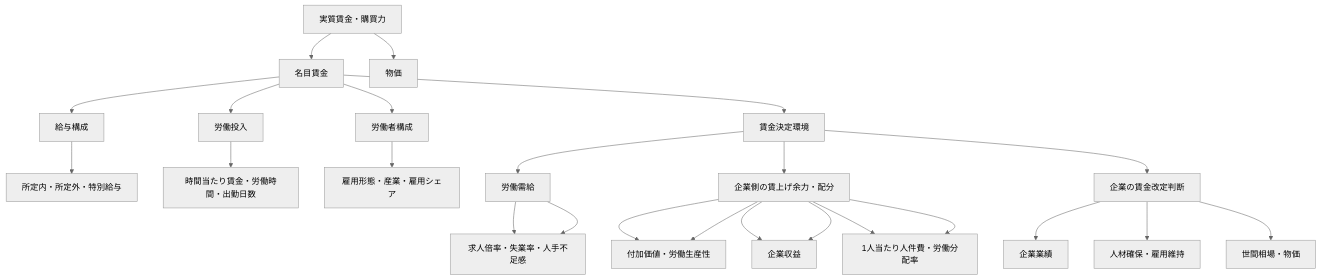
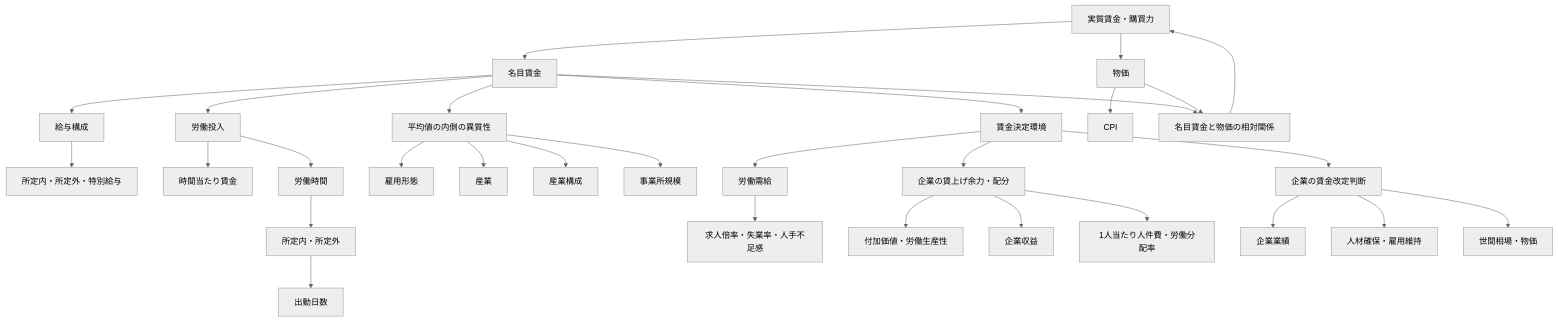
The diagram in docs/analysis/00_overview.md (rin-sato-tech/real_wage_dashboard), drawn with Mermaid (neutral theme) before and after one commit. The commit also changed other lines of this file, not shown here.

````diff
--- a/docs/analysis/00_overview.md
+++ b/docs/analysis/00_overview.md
@@ -78,36 +201,41 @@
 ```mermaid
 flowchart TD
     A[実質賃金・購買力] --> B[名目賃金]
     A --> C[物価]
 
     B --> D[給与構成]
     B --> E[労働投入]
-    B --> F[労働者構成]
+    B --> F[平均値の内側の異質性]
     B --> G[賃金決定環境]
 
     D --> D1[所定内・所定外・特別給与]
 
-    E --> E1[時間当たり賃金・労働時間・出勤日数]
+    E --> E1[時間当たり賃金]
+    E --> E2[労働時間]
+    E2 --> E3[所定内・所定外]
+    E3 --> E4[出勤日数]
 
-    F --> F1[雇用形態・産業・雇用シェア]
+    F --> F1[雇用形態]
+    F --> F2[産業]
+    F --> F3[産業構成]
+    F --> F4[事業所規模]
 
     G --> G1[労働需給]
-    G --> G2[企業側の賃上げ余力・配分]
+    G --> G2[企業の賃上げ余力・配分]
     G --> G3[企業の賃金改定判断]
 
     G1 --> G11[求人倍率・失業率・人手不足感]
 
     G2 --> G21[付加価値・労働生産性]
     G2 --> G22[企業収益]
     G2 --> G23[1人当たり人件費・労働分配率]
 
     G3 --> G31[企業業績]
     G3 --> G32[人材確保・雇用維持]
     G3 --> G33[世間相場・物価]
 
-    G1 --> G11[求人倍率・失業率・人手不足感]
-
-    G2 --> G21[付加価値・労働生産性]
-    G2 --> G22[企業収益]
-    G2 --> G23[1人当たり人件費・労働分配率]
+    C --> C1[CPI]
+    B --> H[名目賃金と物価の相対関係]
+    C --> H
+    H --> A
 ```
````
